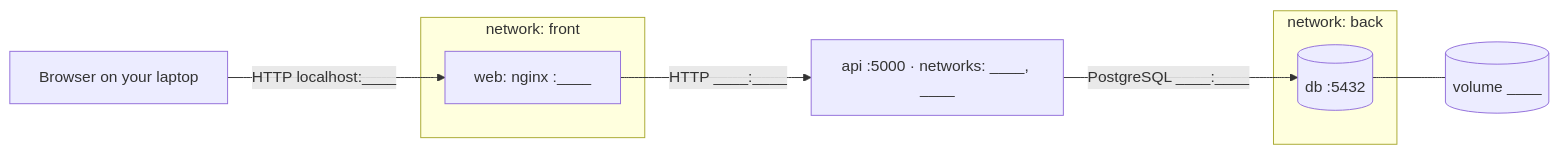
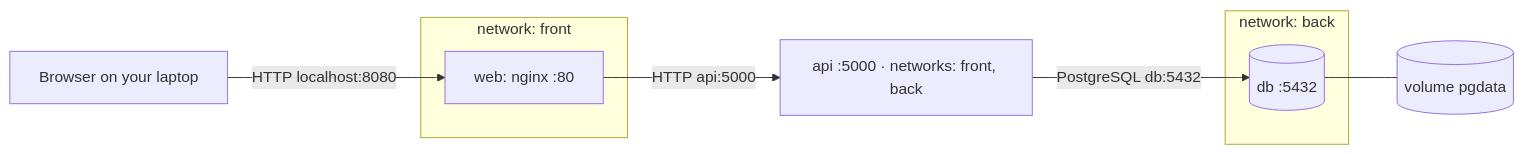
The diagram in lab4/README.md (ankitamandlik5-web/turiba-devops-labs), drawn with Mermaid before and after one commit. The commit also changed other lines of this file, not shown here.

````diff
--- a/lab4/README.md
+++ b/lab4/README.md
@@ -10,16 +10,16 @@
 ```mermaid
 flowchart LR
   B["Browser on your laptop"]
   subgraph front["network: front"]
-    W["web: nginx :____"]
+    W["web: nginx :80"]
   end
-  A["api :5000 · networks: ____, ____"]
+  A["api :5000 · networks: front, back"]
   subgraph back["network: back"]
     D[("db :5432")]
   end
-  V[("volume ____")]
-  B -->|"HTTP localhost:____"| W
-  W -->|"HTTP ____:____"| A
-  A -->|"PostgreSQL ____:____"| D
+  V[("volume pgdata")]
+  B -->|"HTTP localhost:8080"| W
+  W -->|"HTTP api:5000"| A
+  A -->|"PostgreSQL db:5432"| D
   D --- V
 ```
````
